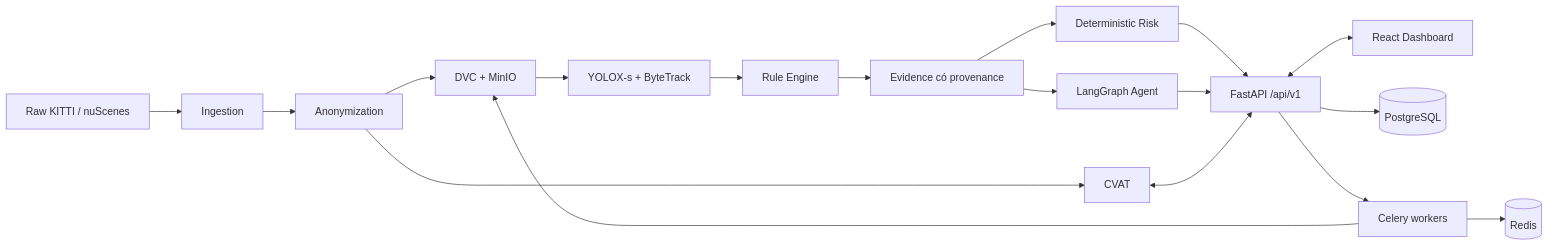
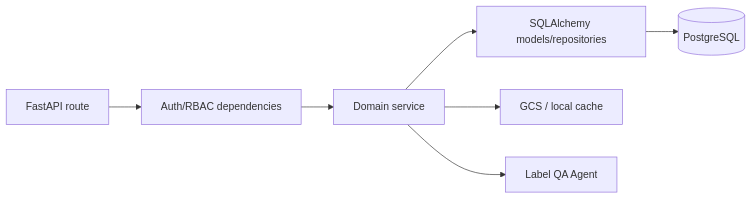
Before and after one commit to DuyKhanh29104/ProjectAI-VinUni: the second of 4 diagrams in ARCHITECTURE.md, drawn with Mermaid. The commit also changed other lines of this file and 282 other files, not shown here.

````diff
--- a/ARCHITECTURE.md
+++ b/ARCHITECTURE.md
@@ -73,20 +140,9 @@
 ```mermaid
 flowchart LR
-    RAW[Raw KITTI / nuScenes] --> ING[Ingestion]
-    ING --> PRIV[Anonymization]
-    PRIV --> STORE[DVC + MinIO]
-    PRIV --> CVAT[CVAT]
-    STORE --> INF[YOLOX-s + ByteTrack]
-    INF --> RULES[Rule Engine]
-    RULES --> EVIDENCE[Evidence có provenance]
-    EVIDENCE --> RISK[Deterministic Risk]
-    EVIDENCE --> AGENT[LangGraph Agent]
-    RISK --> API[FastAPI /api/v1]
-    AGENT --> API
-    CVAT <--> API
-    API <--> UI[React Dashboard]
-    API --> DB[(PostgreSQL)]
-    API --> WORKERS[Celery workers]
-    WORKERS --> REDIS[(Redis)]
-    WORKERS --> STORE
+    ROUTE[FastAPI route] --> AUTHZ[Auth/RBAC dependencies]
+    AUTHZ --> SERVICE[Domain service]
+    SERVICE --> ORM[SQLAlchemy models/repositories]
+    ORM --> DB[(PostgreSQL)]
+    SERVICE --> STORAGE[GCS / local cache]
+    SERVICE --> AGENT[Label QA Agent]
 ```
````
